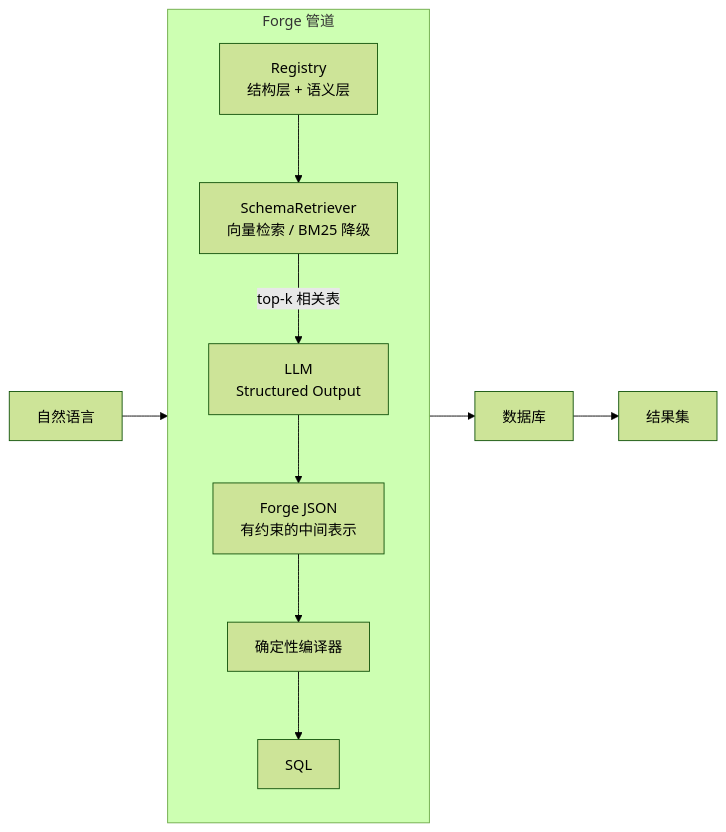
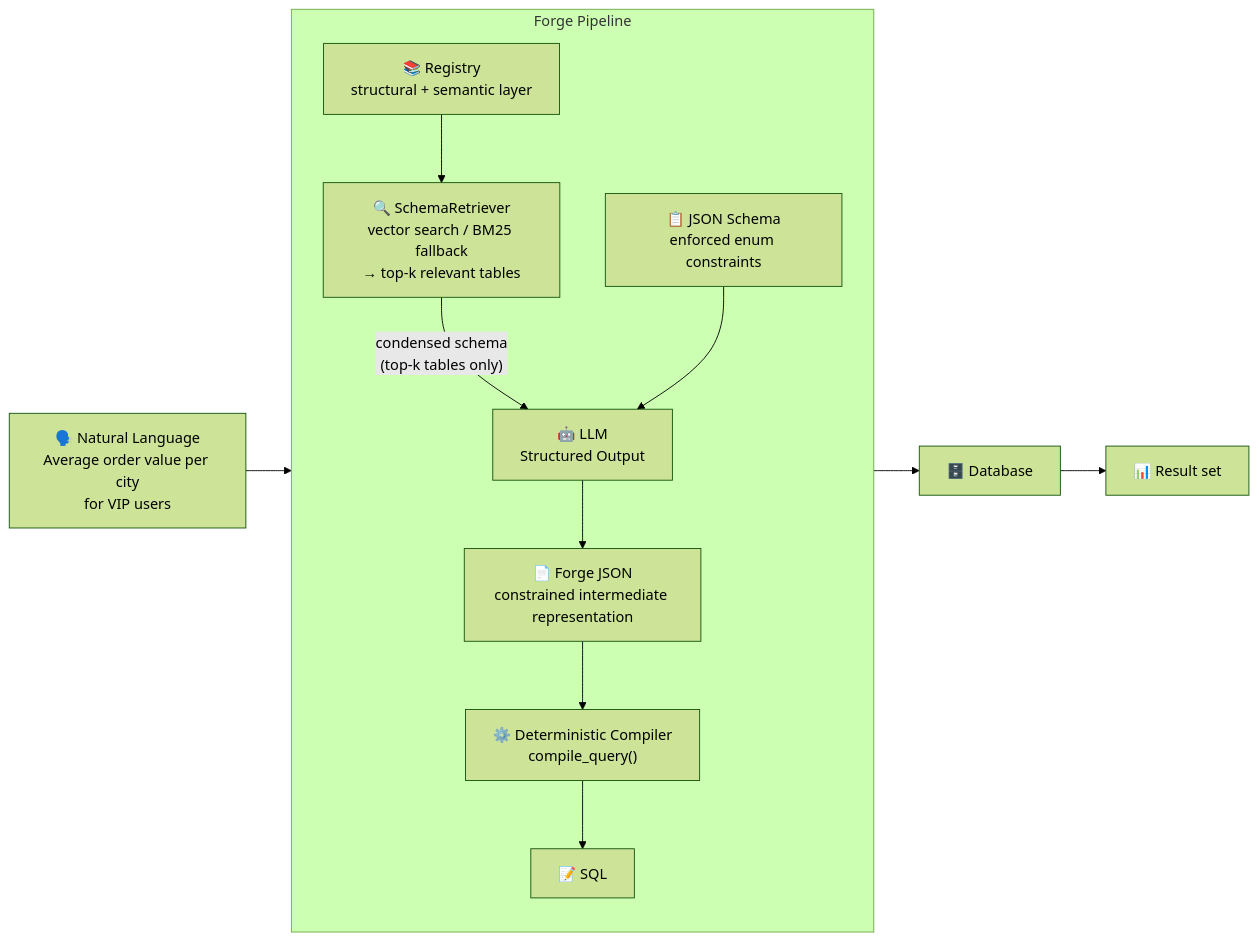
One commit to shisuidata/Forge changed the first of 3 diagrams in README.md. Above: the diagram before and after it, drawn with Mermaid (forest theme). The commit also changed other lines of this file and 5 other files, not shown here.

````diff
--- a/README.md
+++ b/README.md
@@ -103,26 +120,28 @@
 ```mermaid
 flowchart LR
-    NL["自然语言"]
+    NL["🗣️ Natural Language<br/>Average order value per city<br/>for VIP users"]
 
-    subgraph forge["Forge 管道"]
+    subgraph forge["Forge Pipeline"]
         direction TB
-        REG["Registry<br/>结构层 + 语义层"]
-        RETRIEVER["SchemaRetriever<br/>向量检索 / BM25 降级"]
-        LLM["LLM<br/>Structured Output"]
-        JSON["Forge JSON<br/>有约束的中间表示"]
-        COMPILER["确定性编译器"]
-        SQL["SQL"]
+        REG["📚 Registry<br/>structural + semantic layer"]
+        RETRIEVER["🔍 SchemaRetriever<br/>vector search / BM25 fallback<br/>→ top-k relevant tables"]
+        SCHEMA["📋 JSON Schema<br/>enforced enum constraints"]
+        LLM["🤖 LLM<br/>Structured Output"]
+        JSON["📄 Forge JSON<br/>constrained intermediate representation"]
+        COMPILER["⚙️ Deterministic Compiler<br/>compile_query()"]
+        SQL["📝 SQL"]
     end
 
-    DB["数据库"]
-    RESULT["结果集"]
+    DB["🗄️ Database"]
+    RESULT["📊 Result set"]
 
     NL --> RETRIEVER
     REG --> RETRIEVER
-    RETRIEVER -->|"top-k 相关表"| LLM
+    RETRIEVER -->|"condensed schema<br/>(top-k tables only)"| LLM
+    SCHEMA --> LLM
     LLM --> JSON
     JSON --> COMPILER
     COMPILER --> SQL
     SQL --> DB
     DB --> RESULT
 ```
````
